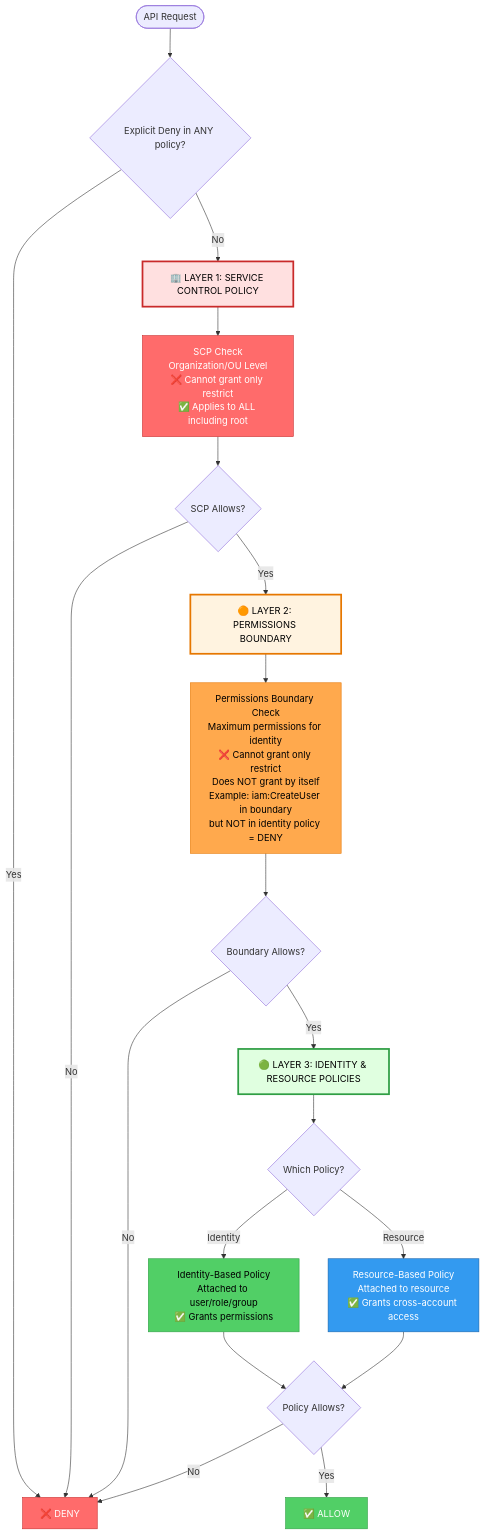
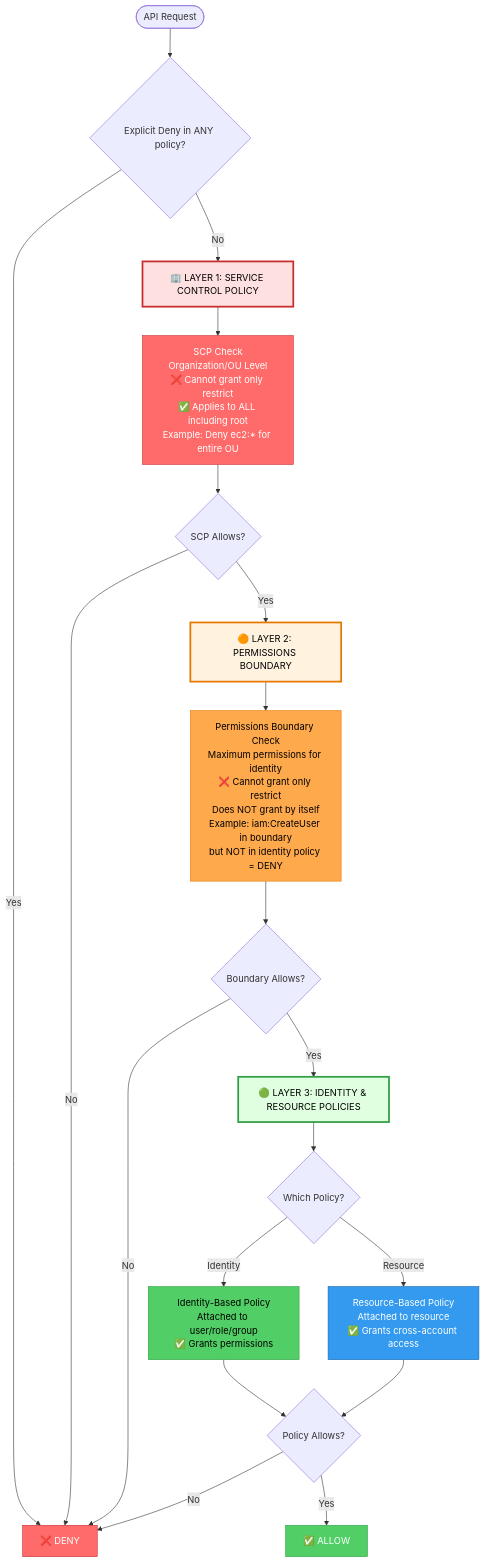
Before and after one commit to kiquetal/aws-security-speciality-2026: the diagram in diagrams/iam-policy-evaluation-boundaries.mmd, drawn with Mermaid. The commit also changed 1 other file, not shown here.

Commit message:
modifying this diagram to understand correctly the order for permission evaluation

```diff
--- a/diagrams/iam-policy-evaluation-boundaries.mmd
+++ b/diagrams/iam-policy-evaluation-boundaries.mmd
@@ -1,41 +1,41 @@
 graph TD
     Start([API Request]) --> ExplicitDeny{Explicit Deny in ANY policy?}
     
     ExplicitDeny -->|Yes| Denied[❌ DENY]
     ExplicitDeny -->|No| Layer1Title
     
     Layer1Title["🏢 LAYER 1: SERVICE CONTROL POLICY"]
-    Layer1Title --> SCP["SCP Check<br/>Organization/OU Level<br/>❌ Cannot grant only restrict<br/>✅ Applies to ALL including root"]
+    Layer1Title --> SCP["SCP Check<br/>Organization/OU Level<br/>❌ Cannot grant only restrict<br/>✅ Applies to ALL including root<br/>Example: Deny ec2:* for entire OU"]
     
     SCP --> SCPCheck{SCP Allows?}
     SCPCheck -->|No| Denied
     SCPCheck -->|Yes| Layer2Title
     
     Layer2Title["🟠 LAYER 2: PERMISSIONS BOUNDARY"]
     Layer2Title --> PermBoundary["Permissions Boundary Check<br/>Maximum permissions for identity<br/>❌ Cannot grant only restrict<br/>Does NOT grant by itself<br/>Example: iam:CreateUser in boundary<br/>but NOT in identity policy = DENY"]
     
     PermBoundary --> BoundaryCheck{Boundary Allows?}
     BoundaryCheck -->|No| Denied
     BoundaryCheck -->|Yes| Layer3Title
     
     Layer3Title["🟢 LAYER 3: IDENTITY & RESOURCE POLICIES"]
     Layer3Title --> PolicyChoice{Which Policy?}
     
     PolicyChoice -->|Identity| Identity["Identity-Based Policy<br/>Attached to user/role/group<br/>✅ Grants permissions"]
     PolicyChoice -->|Resource| ResourcePolicy["Resource-Based Policy<br/>Attached to resource<br/>✅ Grants cross-account access"]
     
     Identity --> FinalCheck{Policy Allows?}
     ResourcePolicy --> FinalCheck
     
     FinalCheck -->|No| Denied
     FinalCheck -->|Yes| Allowed[✅ ALLOW]
     
     style Layer1Title fill:#ffe0e0,stroke:#c92a2a,stroke-width:3px,color:#000
     style Layer2Title fill:#fff3e0,stroke:#e67700,stroke-width:3px,color:#000
     style Layer3Title fill:#e0ffe0,stroke:#2f9e44,stroke-width:3px,color:#000
     style SCP fill:#ff6b6b,stroke:#c92a2a,color:#fff
     style PermBoundary fill:#ffa94d,stroke:#e67700,color:#000
     style Identity fill:#51cf66,stroke:#2f9e44,color:#000
     style ResourcePolicy fill:#339af0,stroke:#1864ab,color:#fff
     style Denied fill:#ff6b6b,stroke:#c92a2a,color:#fff
     style Allowed fill:#51cf66,stroke:#2f9e44,color:#fff
```
